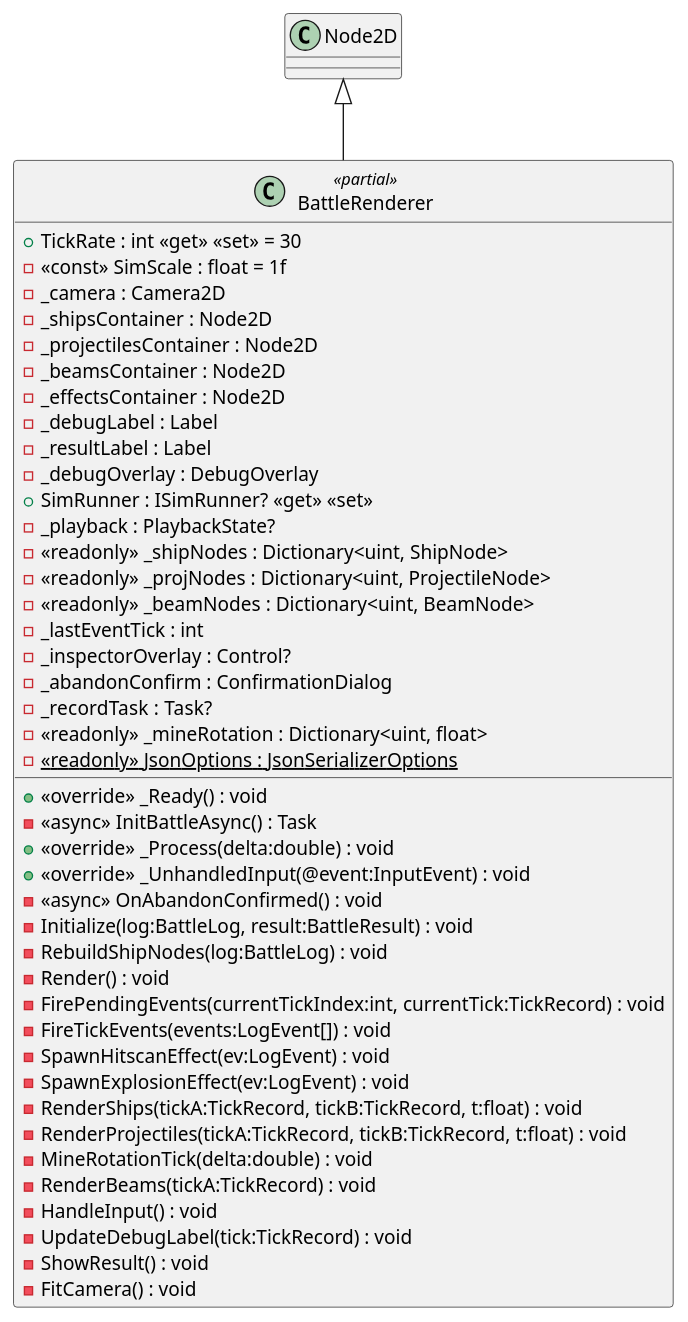
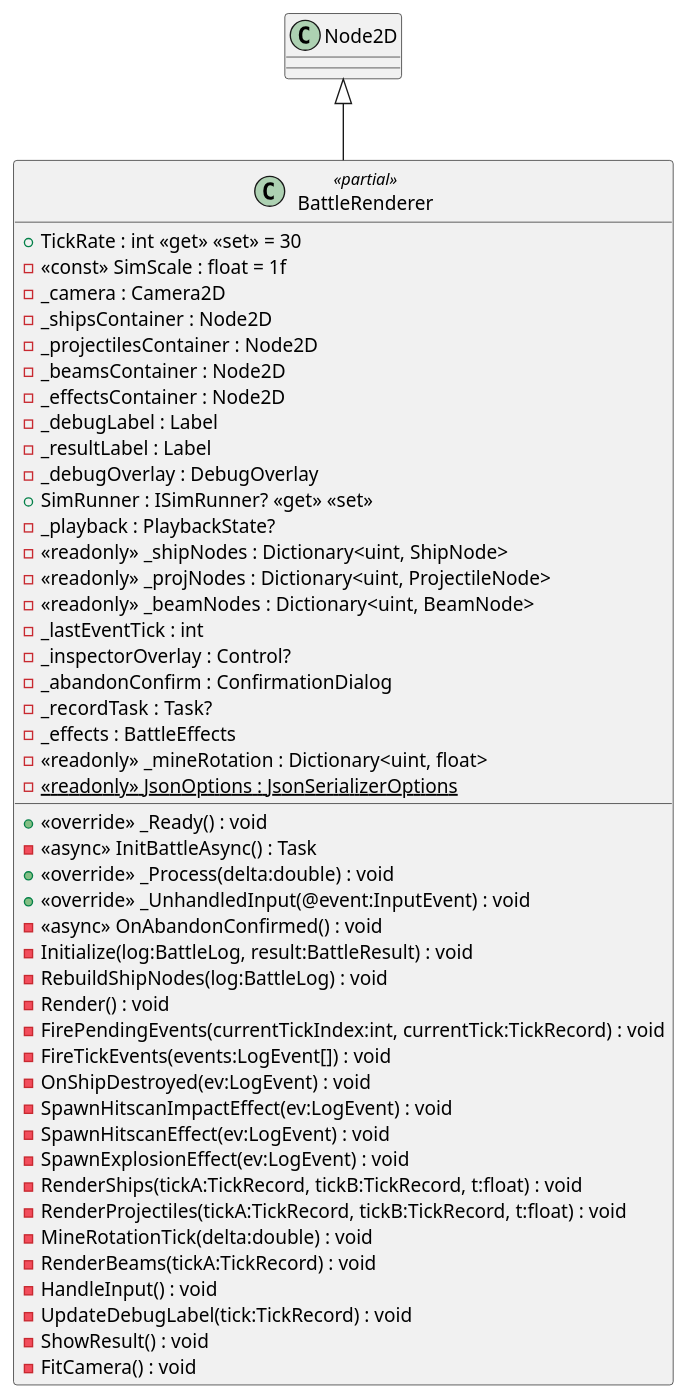
One commit to Tai-trinh/skock changed the diagram in diagrams/csharp/client/src/rendering/BattleRenderer.puml. Above: the diagram before and after it, drawn with PlantUML. The commit also changed 17 other files, not shown here.

First line of the commit message:
Add battle SFX, screen shake, and hit/destruction particle effects

```diff
--- a/diagrams/csharp/client/src/rendering/BattleRenderer.puml
+++ b/diagrams/csharp/client/src/rendering/BattleRenderer.puml
@@ -1,46 +1,49 @@
 @startuml
 class BattleRenderer <<partial>> {
     + TickRate : int <<get>> <<set>> = 30
     - <<const>> SimScale : float = 1f
     - _camera : Camera2D
     - _shipsContainer : Node2D
     - _projectilesContainer : Node2D
     - _beamsContainer : Node2D
     - _effectsContainer : Node2D
     - _debugLabel : Label
     - _resultLabel : Label
     - _debugOverlay : DebugOverlay
     + SimRunner : ISimRunner? <<get>> <<set>>
     - _playback : PlaybackState?
     - <<readonly>> _shipNodes : Dictionary<uint, ShipNode>
     - <<readonly>> _projNodes : Dictionary<uint, ProjectileNode>
     - <<readonly>> _beamNodes : Dictionary<uint, BeamNode>
     - _lastEventTick : int
     - _inspectorOverlay : Control?
     - _abandonConfirm : ConfirmationDialog
     - _recordTask : Task?
+    - _effects : BattleEffects
     - <<readonly>> _mineRotation : Dictionary<uint, float>
     - {static} <<readonly>> JsonOptions : JsonSerializerOptions
     + <<override>> _Ready() : void
     - <<async>> InitBattleAsync() : Task
     + <<override>> _Process(delta:double) : void
     + <<override>> _UnhandledInput(@event:InputEvent) : void
     - <<async>> OnAbandonConfirmed() : void
     - Initialize(log:BattleLog, result:BattleResult) : void
     - RebuildShipNodes(log:BattleLog) : void
     - Render() : void
     - FirePendingEvents(currentTickIndex:int, currentTick:TickRecord) : void
     - FireTickEvents(events:LogEvent[]) : void
+    - OnShipDestroyed(ev:LogEvent) : void
+    - SpawnHitscanImpactEffect(ev:LogEvent) : void
     - SpawnHitscanEffect(ev:LogEvent) : void
     - SpawnExplosionEffect(ev:LogEvent) : void
     - RenderShips(tickA:TickRecord, tickB:TickRecord, t:float) : void
     - RenderProjectiles(tickA:TickRecord, tickB:TickRecord, t:float) : void
     - MineRotationTick(delta:double) : void
     - RenderBeams(tickA:TickRecord) : void
     - HandleInput() : void
     - UpdateDebugLabel(tick:TickRecord) : void
     - ShowResult() : void
     - FitCamera() : void
 }
 Node2D <|-- BattleRenderer
 @enduml
```
